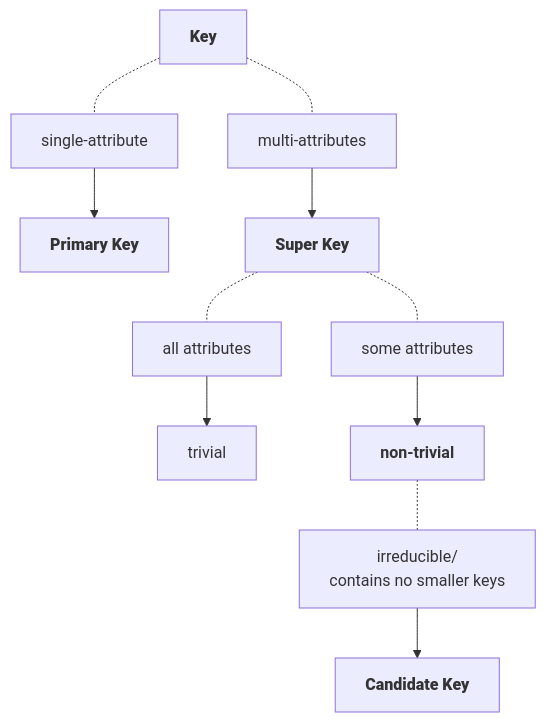
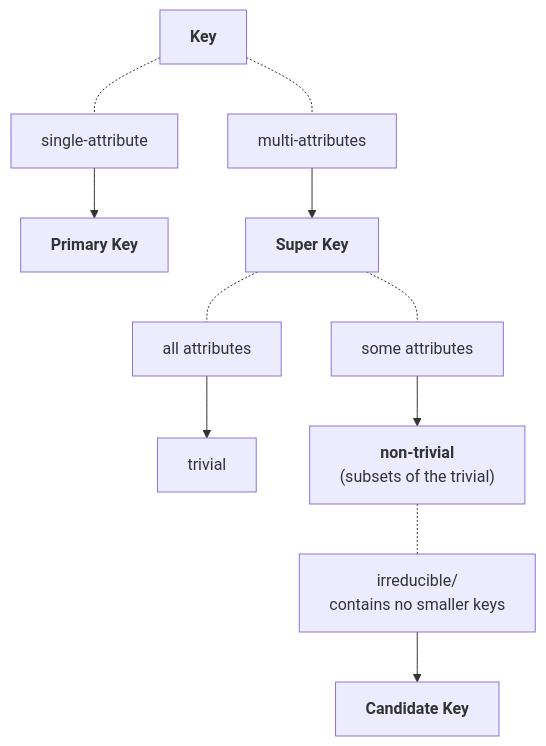
The diagram in week-10/Design Theory - Schema Refining & Normal Forms.md (nkarl/wsu-cpts-451-dbms), drawn with Mermaid before and after one commit. The commit also changed other lines of this file and 2 other files, not shown here.

````diff
--- a/week-10/Design Theory - Schema Refining & Normal Forms.md
+++ b/week-10/Design Theory - Schema Refining & Normal Forms.md
@@ -85,8 +85,11 @@
 ```mermaid
 graph
-Key["<span style=font-weight:800>Key</span>"] -.- single["single-attribute"] --> prime[<span style=font-weight:800>Primary Key</span>]
-Key -.- multi["multi-attributes"] --> super[<span style=font-weight:800>Super Key</span>]
+Key["<span style=font-weight:750>Key</span>"] -.- single["single-attribute"] --> prime[<span style=font-weight:750>Primary Key</span
+>
+]
+Key -.- multi["multi-attributes"] --> super[<span style=font-weight:750>Super Key</span>]
 super -.- all["all attributes"] --> trivial
-super -.- some["some attributes"] --> nontrivial[<span style=font-weight:700>non-trivial</span>]
-nontrivial -.- exhaustive["irreducible/<br>contains no smaller keys"] --> candidate[<span style=font-weight:800>Candidate Key</span>]
+super -.- some["some attributes"] --> nontrivial["<span style=font-weight:700>non-trivial</span><br>(subsets of the trivial)"]
+nontrivial -.- exhaustive["irreducible/<br>contains no smaller keys"] --> candidate[<span style=font-weight:750>Candidate Key</span>
+]
 ```
````
